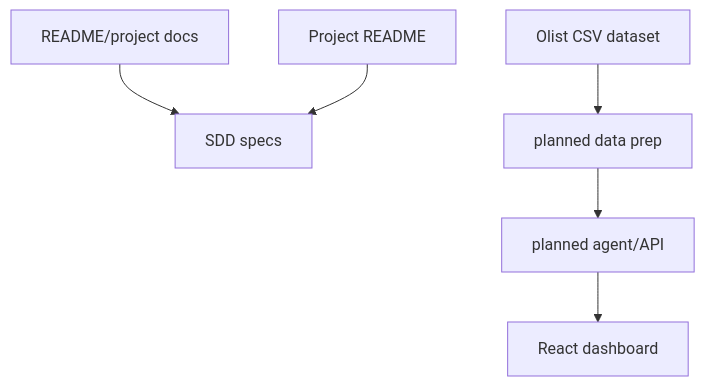
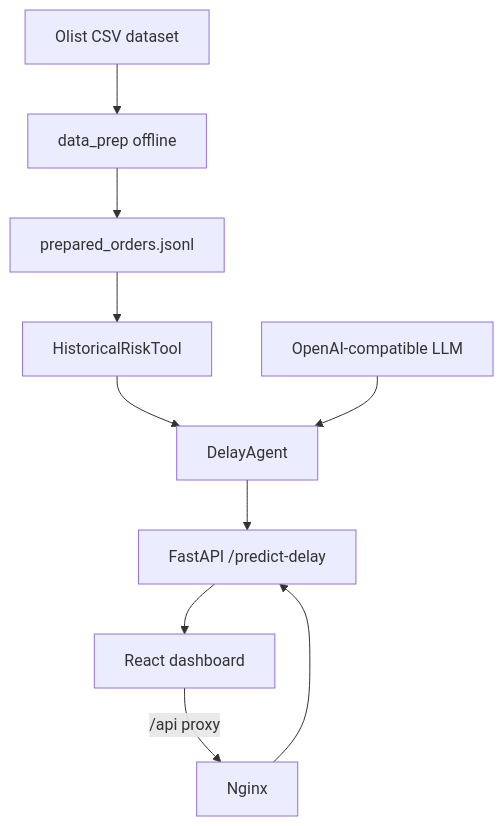
One commit to west7/projeto-final-2026-1 changed the first of 2 diagrams in 1-3_felipe-amorim_gabryel-nicolas_guilherme-westphall_lucas-martins/.specs/codebase/ARCHITECTURE.md. Above: the diagram before and after it, drawn with Mermaid. The commit also changed other lines of this file and 4 other files, not shown here.

````diff
--- a/1-3_felipe-amorim_gabryel-nicolas_guilherme-westphall_lucas-martins/.specs/codebase/ARCHITECTURE.md
+++ b/1-3_felipe-amorim_gabryel-nicolas_guilherme-westphall_lucas-martins/.specs/codebase/ARCHITECTURE.md
@@ -7,8 +7,12 @@
 ```mermaid
 graph TD
-    A[README/project docs] --> B[SDD specs]
-    C[Olist CSV dataset] --> D[planned data prep]
-    D --> E[planned agent/API]
-    E --> F[React dashboard]
-    G[Project README] --> B
+    C[Olist CSV dataset] --> D[data_prep offline]
+    D --> A[prepared_orders.jsonl]
+    A --> R[HistoricalRiskTool]
+    R --> AG[DelayAgent]
+    L[OpenAI-compatible LLM] --> AG
+    AG --> API[FastAPI /predict-delay]
+    API --> FE[React dashboard]
+    FE -->|/api proxy| NG[Nginx]
+    NG --> API
 ```
````
